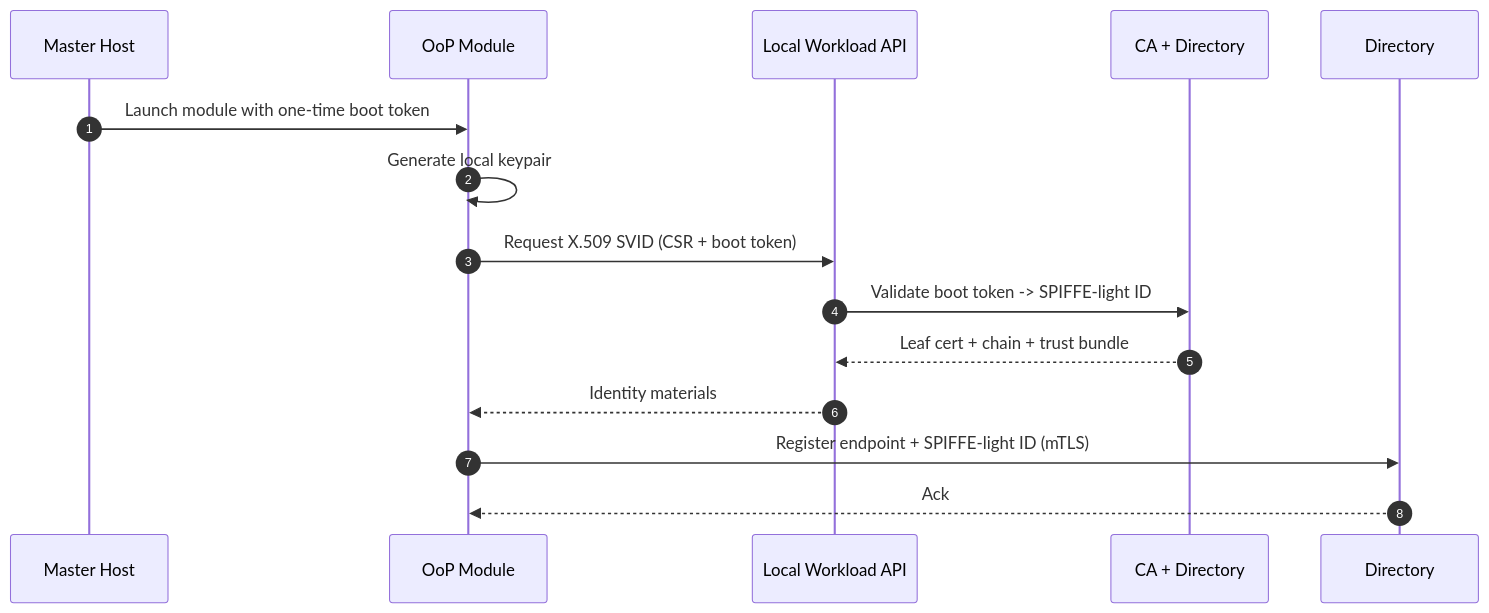
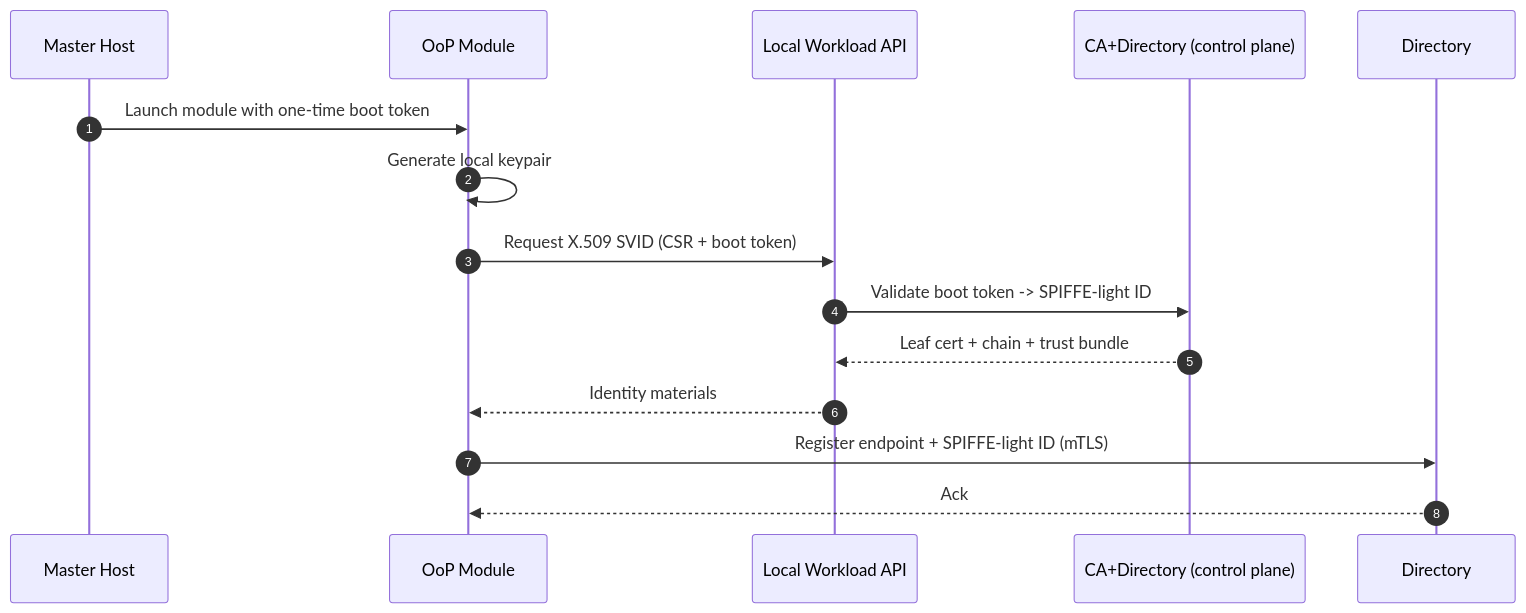
The second of 5 diagrams in modkit_zero_trust.MD (MikeFalcon77/modkit-zero-trust), drawn with Mermaid before and after one commit. The commit also changed other lines of this file, not shown here.

````diff
--- a/modkit_zero_trust.MD
+++ b/modkit_zero_trust.MD
@@ -1011,18 +1230,19 @@
 ```mermaid
 sequenceDiagram
   autonumber
   participant MH as Master Host
   participant MOD as OoP Module
   participant WAPI as Local Workload API
-  participant CA as CA + Directory
+  participant CA as CA+Directory (control plane)
   participant DIR as Directory
+  %% Note: CA and DIR may be co-located on-prem; the API endpoints remain distinct in this diagram.
 
   MH->>MOD: Launch module with one-time boot token
   MOD->>MOD: Generate local keypair
   MOD->>WAPI: Request X.509 SVID (CSR + boot token)
   WAPI->>CA: Validate boot token -> SPIFFE-light ID
   CA-->>WAPI: Leaf cert + chain + trust bundle
   WAPI-->>MOD: Identity materials
   MOD->>DIR: Register endpoint + SPIFFE-light ID (mTLS)
   DIR-->>MOD: Ack
 ```
````
